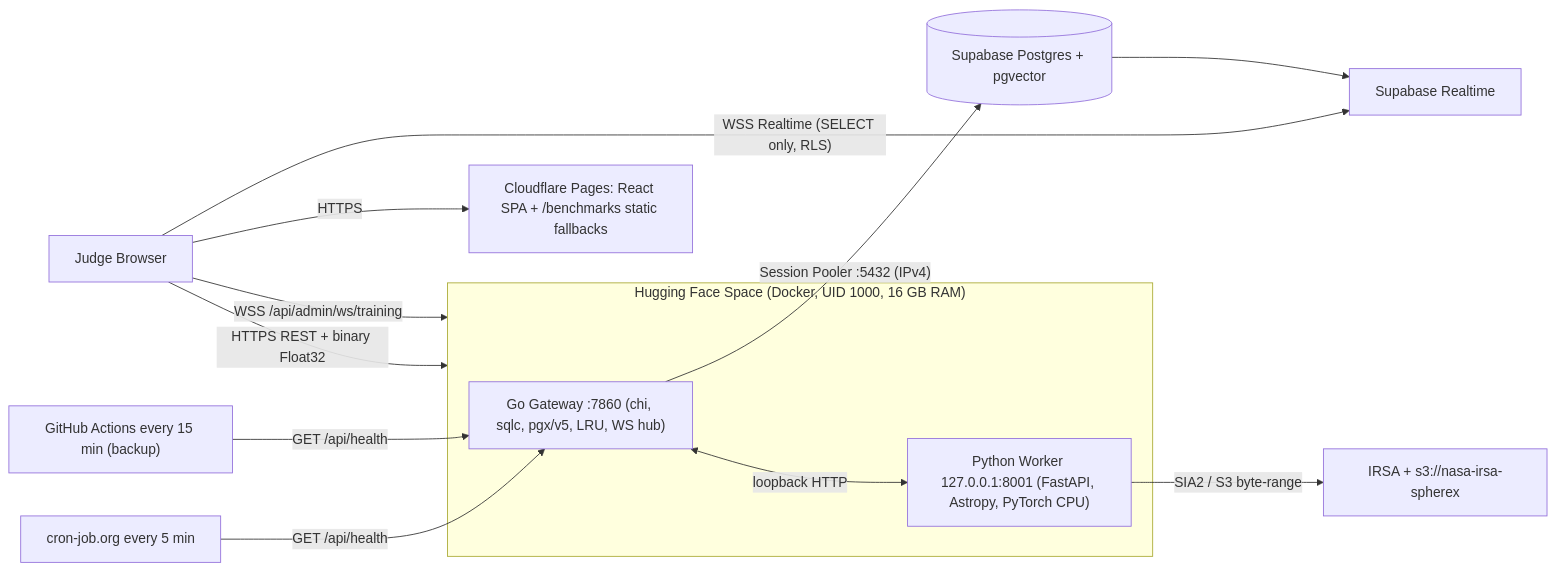
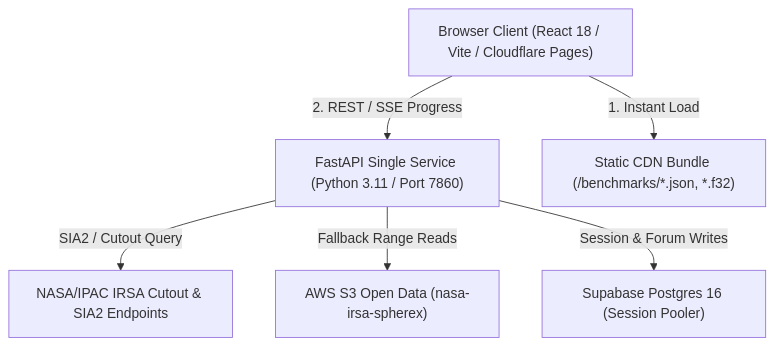
One commit to Amonochuka/Spectra changed the first of 2 diagrams in SPECIFICATION.md. Above: the diagram before and after it, drawn with Mermaid. The commit also changed other lines of this file and 11 other files, not shown here.

Commit message:
feat: upgrade specification to v3.0.0-PROD with corrected astrophysics, architecture, and governance

````diff
--- a/SPECIFICATION.md
+++ b/SPECIFICATION.md
@@ -1979,17 +296,15 @@
 ```mermaid
-flowchart LR
-    Judge["Judge Browser"] -->|HTTPS| CF["Cloudflare Pages: React SPA + /benchmarks static fallbacks"]
-    Judge -->|"HTTPS REST + binary Float32"| HF
-    Judge -->|"WSS /api/admin/ws/training"| HF
-    Judge -->|"WSS Realtime (SELECT only, RLS)"| SupaRT["Supabase Realtime"]
-    subgraph HF["Hugging Face Space (Docker, UID 1000, 16 GB RAM)"]
-        Go["Go Gateway :7860 (chi, sqlc, pgx/v5, LRU, WS hub)"]
-        Py["Python Worker 127.0.0.1:8001 (FastAPI, Astropy, PyTorch CPU)"]
-        Go <-->|loopback HTTP| Py
-    end
-    Go -->|"Session Pooler :5432 (IPv4)"| PG[("Supabase Postgres + pgvector")]
-    PG --> SupaRT
-    Py -->|"SIA2 / S3 byte-range"| IRSA["IRSA + s3://nasa-irsa-spherex"]
-    Cron["cron-job.org every 5 min"] -->|GET /api/health| Go
-    GHA["GitHub Actions every 15 min (backup)"] -->|GET /api/health| Go
+flowchart TD
+    Client["Browser Client (React 18 / Vite / Cloudflare Pages)"]
+    FastAPI["FastAPI Single Service (Python 3.11 / Port 7860)"]
+    IRSA["NASA/IPAC IRSA Cutout & SIA2 Endpoints"]
+    S3["AWS S3 Open Data (nasa-irsa-spherex)"]
+    DB["Supabase Postgres 16 (Session Pooler)"]
+    CDN["Static CDN Bundle (/benchmarks/*.json, *.f32)"]
+
+    Client -->|1. Instant Load| CDN
+    Client -->|2. REST / SSE Progress| FastAPI
+    FastAPI -->|SIA2 / Cutout Query| IRSA
+    FastAPI -->|Fallback Range Reads| S3
+    FastAPI -->|Session & Forum Writes| DB
 ```
````
